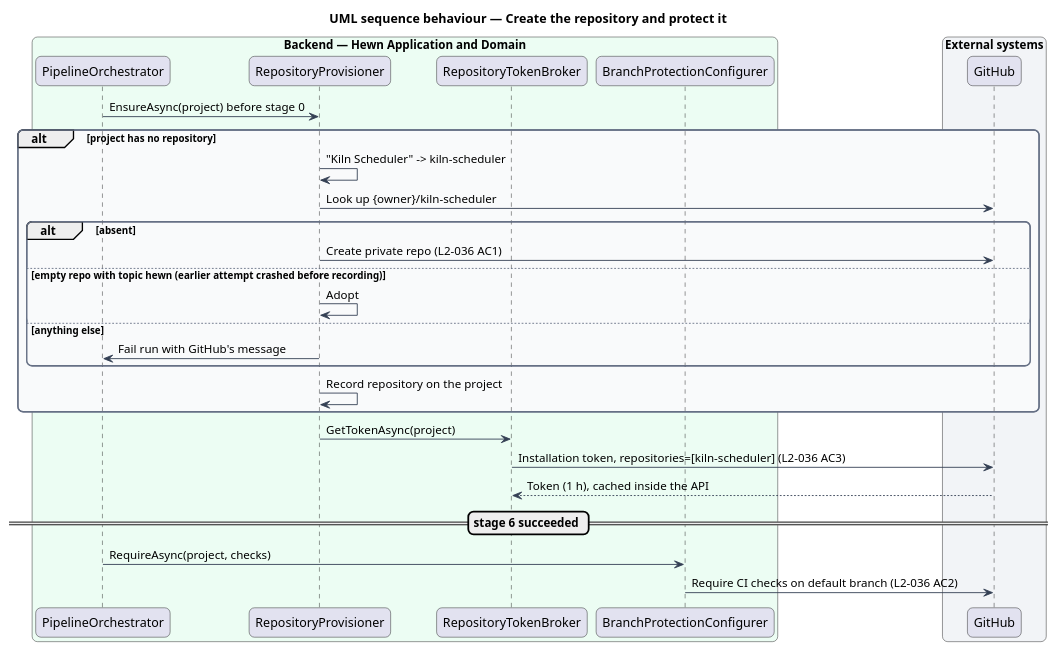
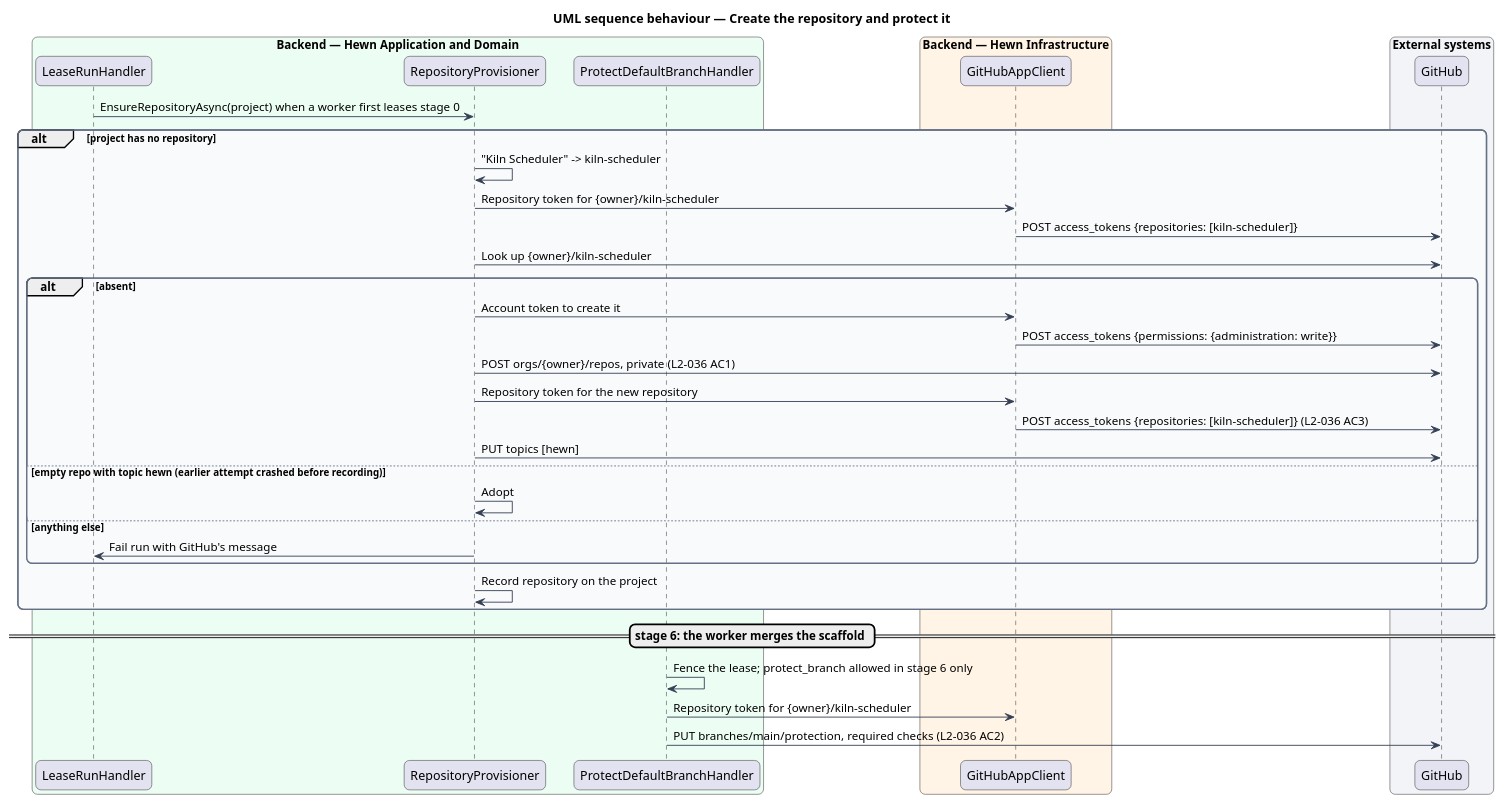
The diagram in docs/detailed-designs/source-control/connect-to-github/diagrams/sequence-provision.puml (QuinntyneBrown/hewn), drawn with PlantUML before and after one commit. The commit also changed 26 other files, not shown here.

First line of the commit message:
Connect a GitHub repository (journey 22, L2-036, L2-001) (#30)

```diff
--- a/docs/detailed-designs/source-control/connect-to-github/diagrams/sequence-provision.puml
+++ b/docs/detailed-designs/source-control/connect-to-github/diagrams/sequence-provision.puml
@@ -1,46 +1,53 @@
 @startuml
 title UML sequence behaviour — Create the repository and protect it
 skinparam backgroundColor #FFFFFF
 skinparam shadowing false
 skinparam roundcorner 12
 skinparam defaultFontName Arial
 skinparam ArrowColor #344054
 skinparam rectangle {
   BorderColor #344054
   FontColor #101828
 }
 skinparam package {
   BorderColor #667085
   FontColor #101828
   BackgroundColor #F9FAFB
 }
 skinparam sequenceMessageAlign left
 box "Backend — Hewn Application and Domain" #ECFDF3
-  participant "PipelineOrchestrator" as orch
+  participant "LeaseRunHandler" as lease
   participant "RepositoryProvisioner" as prov
-  participant "RepositoryTokenBroker" as tokens
-  participant "BranchProtectionConfigurer" as bp
+  participant "ProtectDefaultBranchHandler" as bp
+end box
+box "Backend — Hewn Infrastructure" #FFF4E5
+  participant "GitHubAppClient" as tokens
 end box
 box "External systems" #F2F4F7
   participant "GitHub" as gh
 end box
-orch -> prov : EnsureAsync(project) before stage 0
+lease -> prov : EnsureRepositoryAsync(project) when a worker first leases stage 0
 alt project has no repository
   prov -> prov : "Kiln Scheduler" -> kiln-scheduler
+  prov -> tokens : Repository token for {owner}/kiln-scheduler
+  tokens -> gh : POST access_tokens {repositories: [kiln-scheduler]}
   prov -> gh : Look up {owner}/kiln-scheduler
   alt absent
-    prov -> gh : Create private repo (L2-036 AC1)
+    prov -> tokens : Account token to create it
+    tokens -> gh : POST access_tokens {permissions: {administration: write}}
+    prov -> gh : POST orgs/{owner}/repos, private (L2-036 AC1)
+    prov -> tokens : Repository token for the new repository
+    tokens -> gh : POST access_tokens {repositories: [kiln-scheduler]} (L2-036 AC3)
+    prov -> gh : PUT topics [hewn]
   else empty repo with topic hewn (earlier attempt crashed before recording)
     prov -> prov : Adopt
   else anything else
-    prov -> orch : Fail run with GitHub's message
+    prov -> lease : Fail run with GitHub's message
   end
   prov -> prov : Record repository on the project
 end
-prov -> tokens : GetTokenAsync(project)
-tokens -> gh : Installation token, repositories=[kiln-scheduler] (L2-036 AC3)
-gh --> tokens : Token (1 h), cached inside the API
-== stage 6 succeeded ==
-orch -> bp : RequireAsync(project, checks)
-bp -> gh : Require CI checks on default branch (L2-036 AC2)
+== stage 6: the worker merges the scaffold ==
+bp -> bp : Fence the lease; protect_branch allowed in stage 6 only
+bp -> tokens : Repository token for {owner}/kiln-scheduler
+bp -> gh : PUT branches/main/protection, required checks (L2-036 AC2)
 @enduml
```
